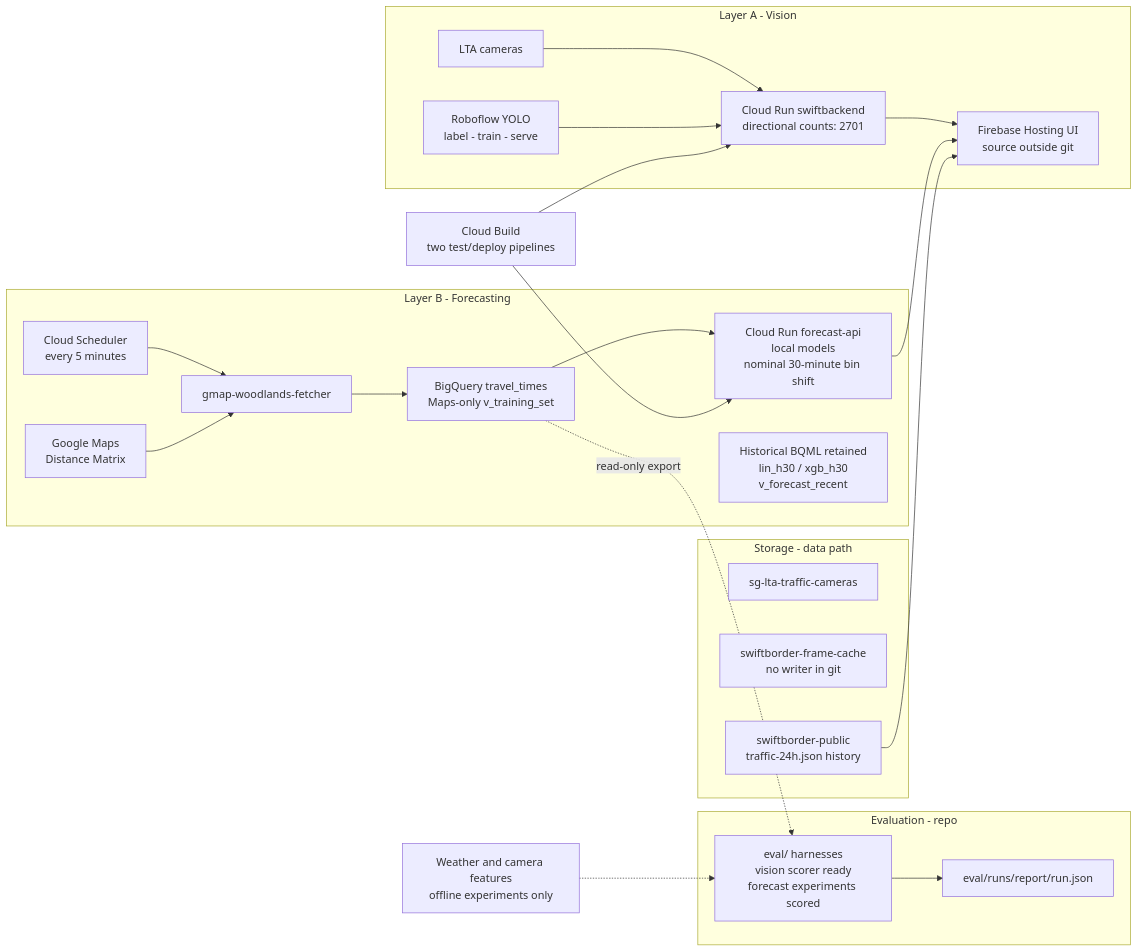
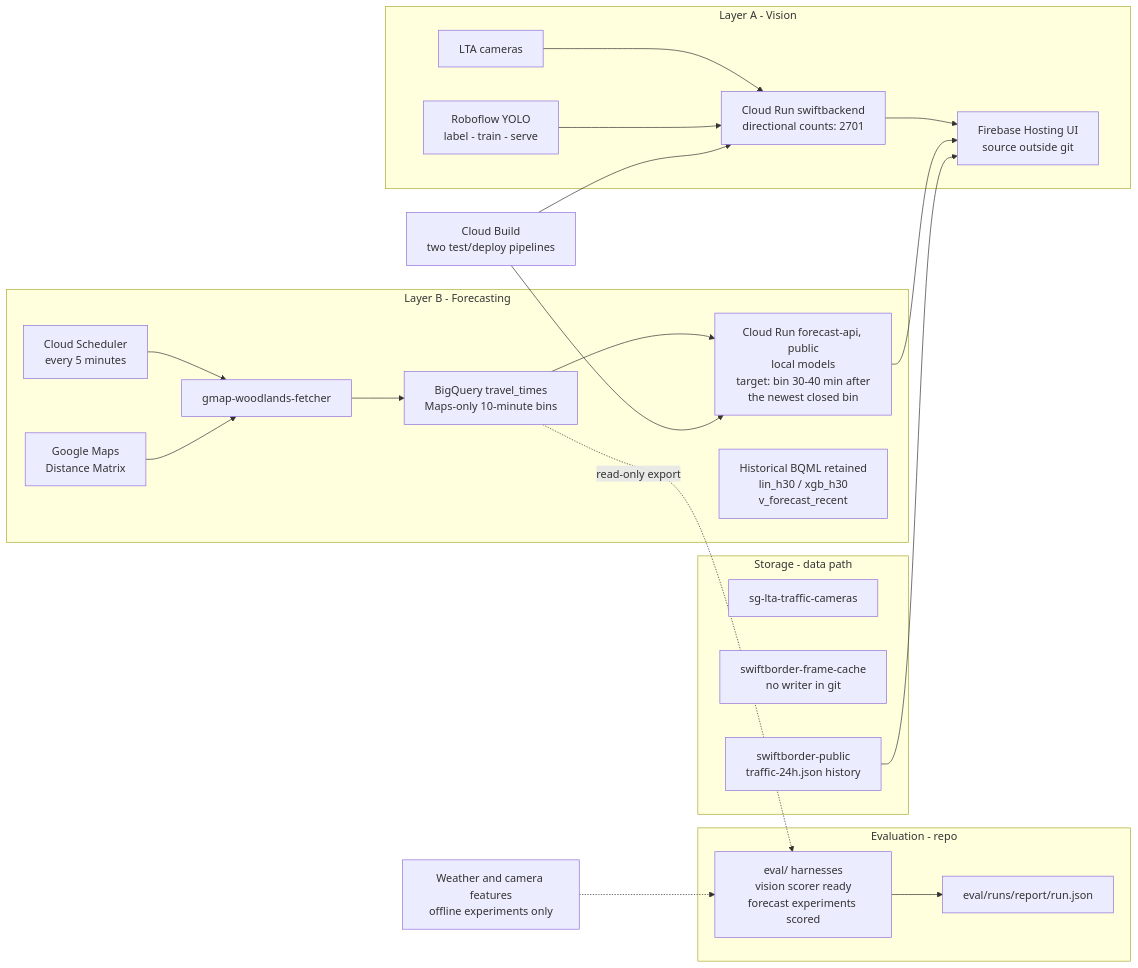
One commit to sozuken-max/swiftborder changed the diagram in docs/diagrams/architecture-high-level.mmd. Above: the diagram before and after it, drawn with Mermaid. The commit also changed 22 other files, not shown here.

```diff
--- a/docs/diagrams/architecture-high-level.mmd
+++ b/docs/diagrams/architecture-high-level.mmd
@@ -1,26 +1,26 @@
 flowchart LR
   subgraph LA["Layer A - Vision"]
     LTA["LTA cameras"] --> SB["Cloud Run swiftbackend<br/>directional counts: 2701"]
     RF["Roboflow YOLO<br/>label - train - serve"] --> SB
     SB --> UI["Firebase Hosting UI<br/>source outside git"]
   end
   subgraph LB["Layer B - Forecasting"]
     SCH["Cloud Scheduler<br/>every 5 minutes"] --> ING["gmap-woodlands-fetcher"]
     GM["Google Maps<br/>Distance Matrix"] --> ING
-    ING --> TT["BigQuery travel_times<br/>Maps-only v_training_set"]
-    TT --> API["Cloud Run forecast-api<br/>local models<br/>nominal 30-minute bin shift"]
+    ING --> TT["BigQuery travel_times<br/>Maps-only 10-minute bins"]
+    TT --> API["Cloud Run forecast-api, public<br/>local models<br/>target: bin 30-40 min after<br/>the newest closed bin"]
     API --> UI
     OLD["Historical BQML retained<br/>lin_h30 / xgb_h30<br/>v_forecast_recent"]
   end
   BUILD["Cloud Build<br/>two test/deploy pipelines"] --> SB
   BUILD --> API
   subgraph GCS["Storage - data path"]
     CAM["sg-lta-traffic-cameras"]
     CACHE["swiftborder-frame-cache<br/>no writer in git"]
     PUB["swiftborder-public<br/>traffic-24h.json history"] --> UI
   end
   subgraph EV["Evaluation - repo"]
     HAR["eval/ harnesses<br/>vision scorer ready<br/>forecast experiments scored"] --> REP["eval/runs/report/run.json"]
   end
   TT -.->|"read-only export"| HAR
   UNUSED["Weather and camera features<br/>offline experiments only"] -.-> HAR
```
